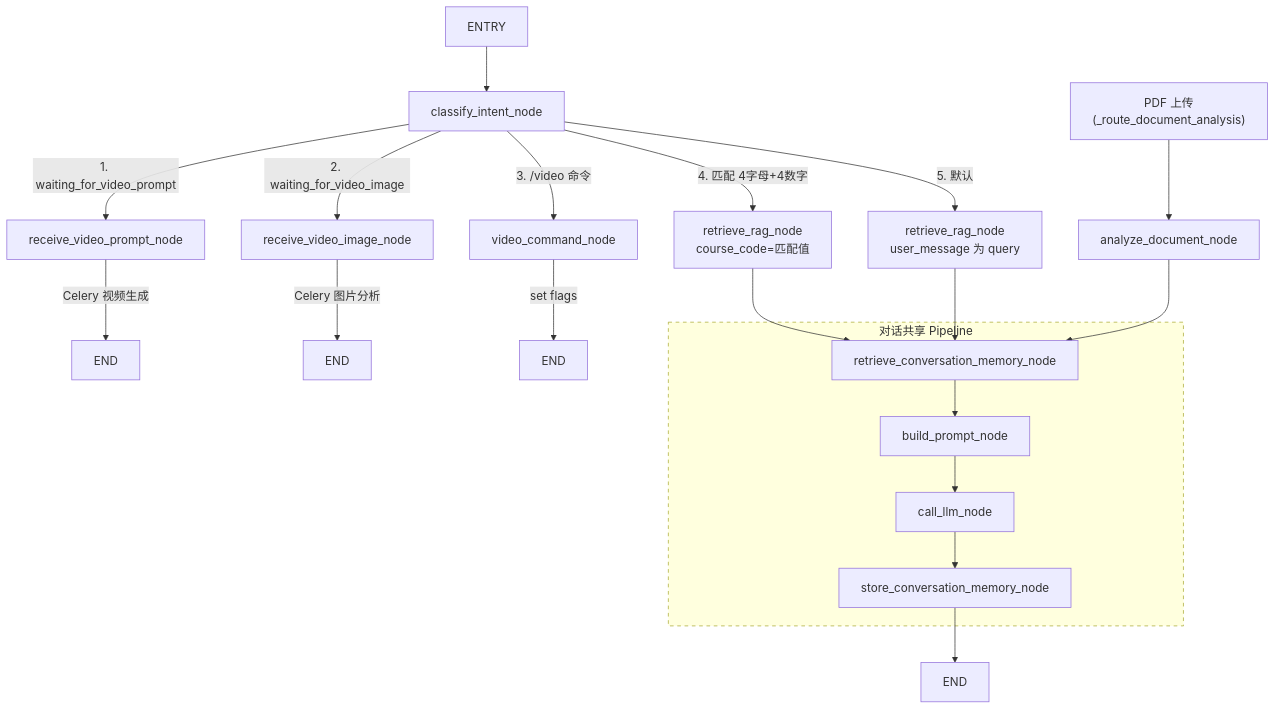
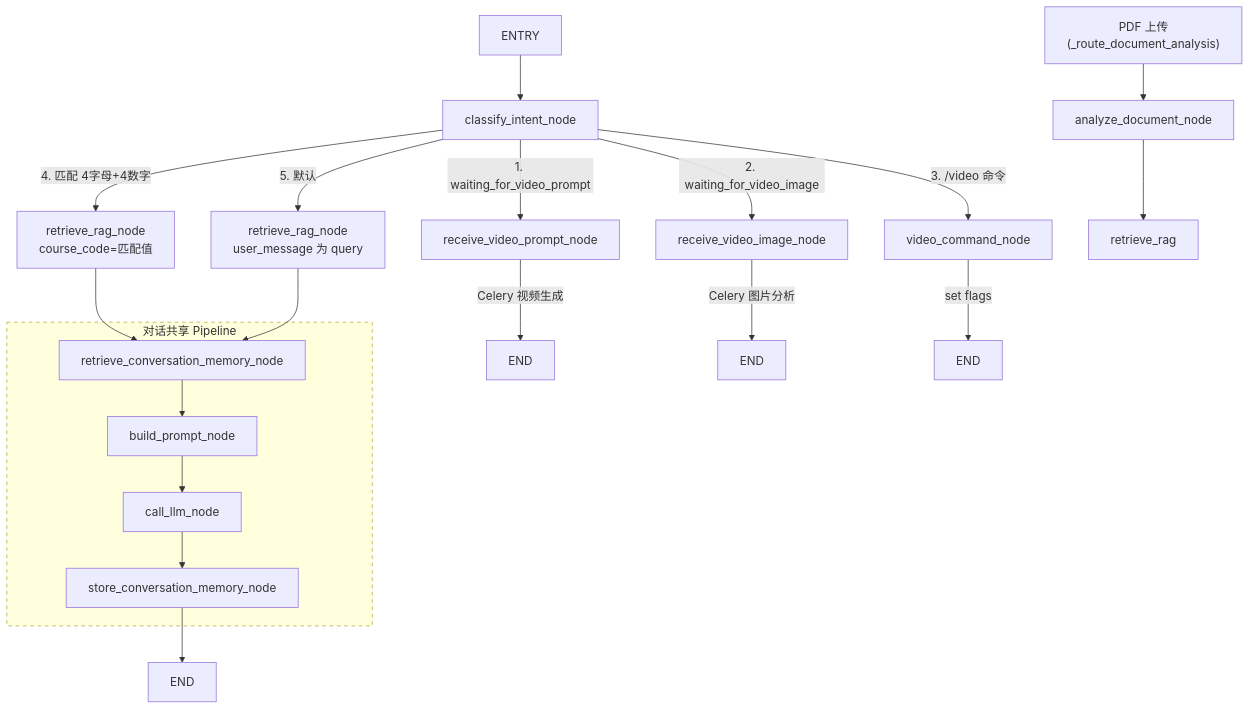
The second of 9 diagrams in 流程图.md (ravemelodic/Multi-functional_AI_Assistant), drawn with Mermaid before and after one commit. The commit also changed other lines of this file and 2 other files, not shown here.

Commit message:
feat: analyze_document 路径跳过对话记忆 (skip_memory) 避免干扰
1. nodes.py: retrieve_conversation_memory_node 顶部检查 skip_memory 标记，命中则直接返回空
2. nodes.py: analyze_document_node 返回时设置 skip_memory=True
3. ARCHITECTURE + 流程图 + 技术面试文档 + README 同步更新

````diff
--- a/流程图.md
+++ b/流程图.md
@@ -47,36 +47,36 @@
 ```mermaid
 flowchart TD
     START["ENTRY"] --> classify["classify_intent_node"]
     
     classify -->|"1. waiting_for_video_prompt"| rvp["receive_video_prompt_node"]
     classify -->|"2. waiting_for_video_image"| rvi["receive_video_image_node"]
     classify -->|"3. /video 命令"| vc["video_command_node"]
     classify -->|4. 匹配 4字母+4数字| retrieve_course["retrieve_rag_node<br/>course_code=匹配值"]
     classify -->|"5. 默认"| general_chat["retrieve_rag_node<br/>user_message 为 query"]
 
     rvp -->|"Celery 视频生成"| END1["END"]
     rvi -->|"Celery 图片分析"| END2["END"]
     vc -->|"set flags"| END3["END"]
 
     retrieve_course --> retrieve_mem_c["retrieve_conversation_memory_node"]
     general_chat --> retrieve_mem_c
 
     retrieve_mem_c --> build["build_prompt_node"]
     build --> llm_call["call_llm_node"]
     llm_call --> store["store_conversation_memory_node"]
     store --> END4["END"]
 
     %% PDF 分支单独画出
     PDF["PDF 上传<br/>(_route_document_analysis)"] --> doc_node["analyze_document_node"]
-    doc_node --> retrieve_mem_c
+    doc_node --> retrieve_rag
 
     %% 虚线标注 shared pipeline
     subgraph Shared["对话共享 Pipeline"]
         retrieve_mem_c
         build
         llm_call
         store
     end
 
     style Shared fill:'#e6f3ff',stroke:'#333',stroke-dasharray: 5 5
 ```
````
